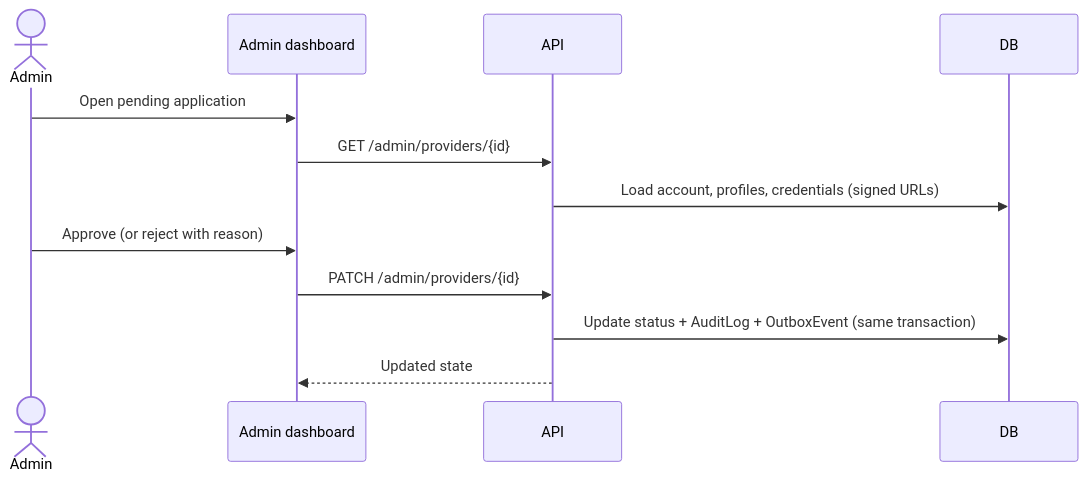
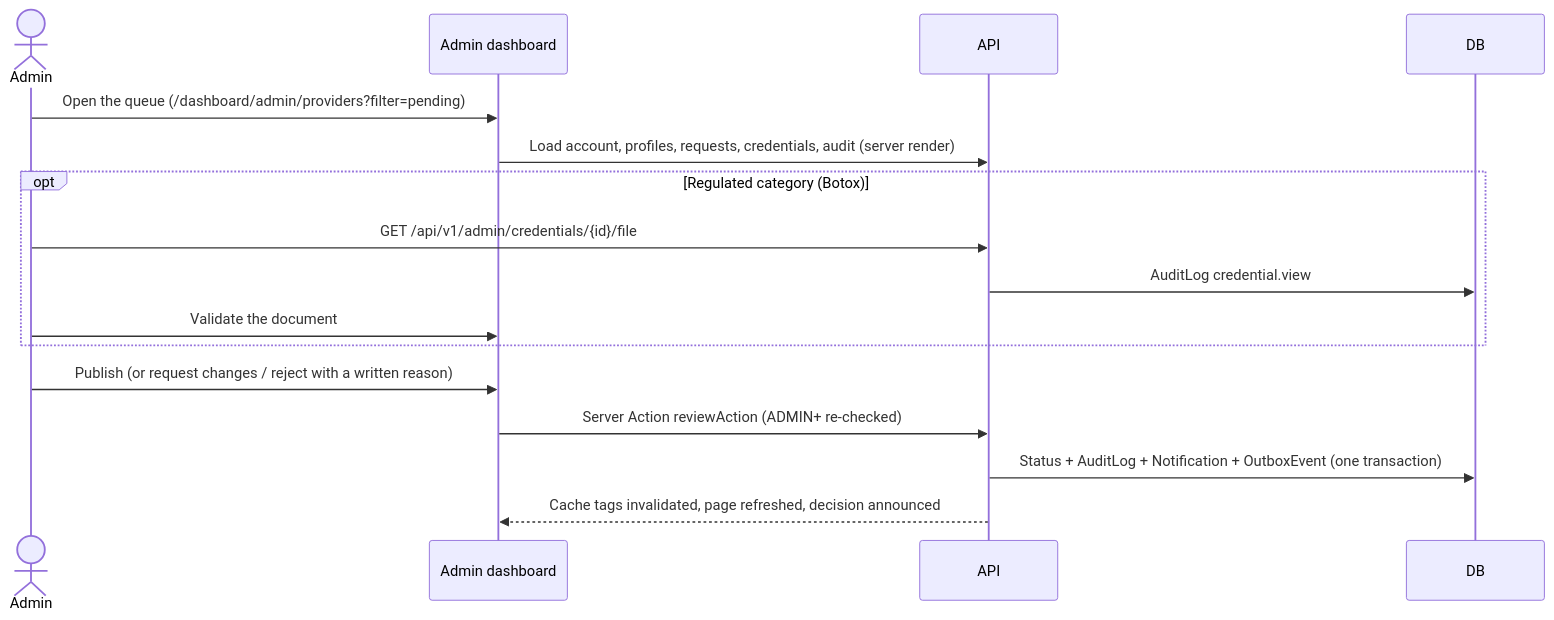
Before and after one commit to zack-zdj100k/woman-cares: the fourth of 4 diagrams in docs/USER_FLOWS.md, drawn with Mermaid. The commit also changed other lines of this file and 39 other files, not shown here.

````diff
--- a/docs/USER_FLOWS.md
+++ b/docs/USER_FLOWS.md
@@ -70,14 +70,18 @@
 ```mermaid
 sequenceDiagram
     actor Admin
     participant UI as Admin dashboard
     participant API
     participant DB
-    Admin->>UI: Open pending application
-    UI->>API: GET /admin/providers/{id}
-    API->>DB: Load account, profiles, credentials (signed URLs)
-    Admin->>UI: Approve (or reject with reason)
-    UI->>API: PATCH /admin/providers/{id}
-    API->>DB: Update status + AuditLog + OutboxEvent (same transaction)
-    API-->>UI: Updated state
+    Admin->>UI: Open the queue (/dashboard/admin/providers?filter=pending)
+    UI->>API: Load account, profiles, requests, credentials, audit (server render)
+    opt Regulated category (Botox)
+        Admin->>API: GET /api/v1/admin/credentials/{id}/file
+        API->>DB: AuditLog credential.view
+        Admin->>UI: Validate the document
+    end
+    Admin->>UI: Publish (or request changes / reject with a written reason)
+    UI->>API: Server Action reviewAction (ADMIN+ re-checked)
+    API->>DB: Status + AuditLog + Notification + OutboxEvent (one transaction)
+    API-->>UI: Cache tags invalidated, page refreshed, decision announced
 ```
````
